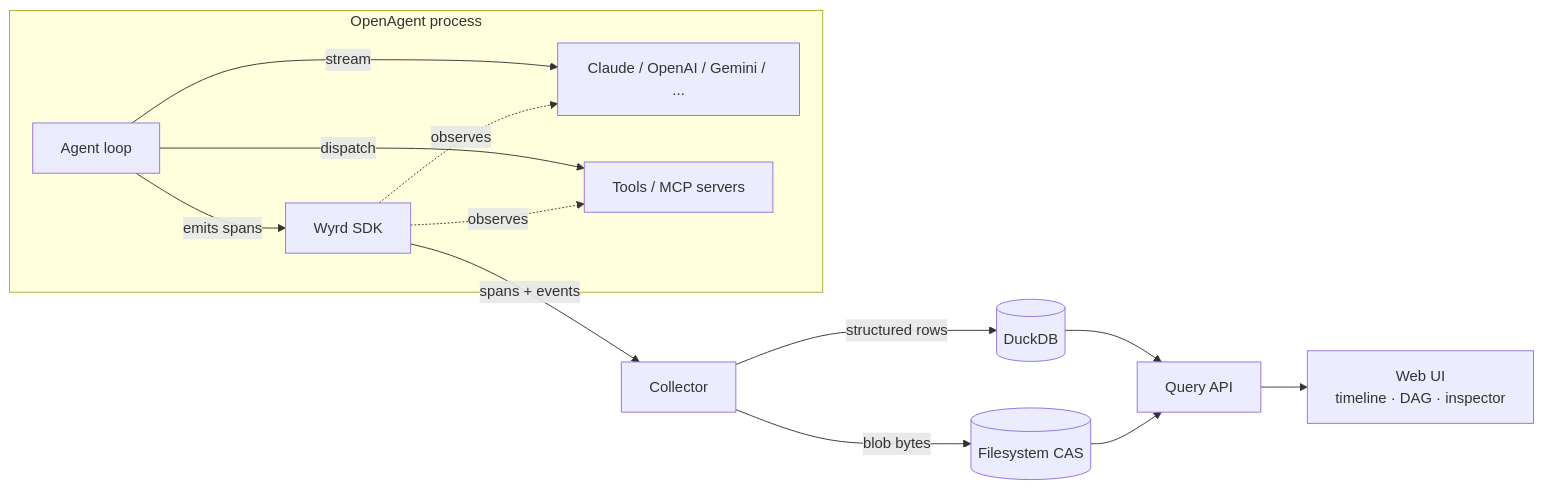
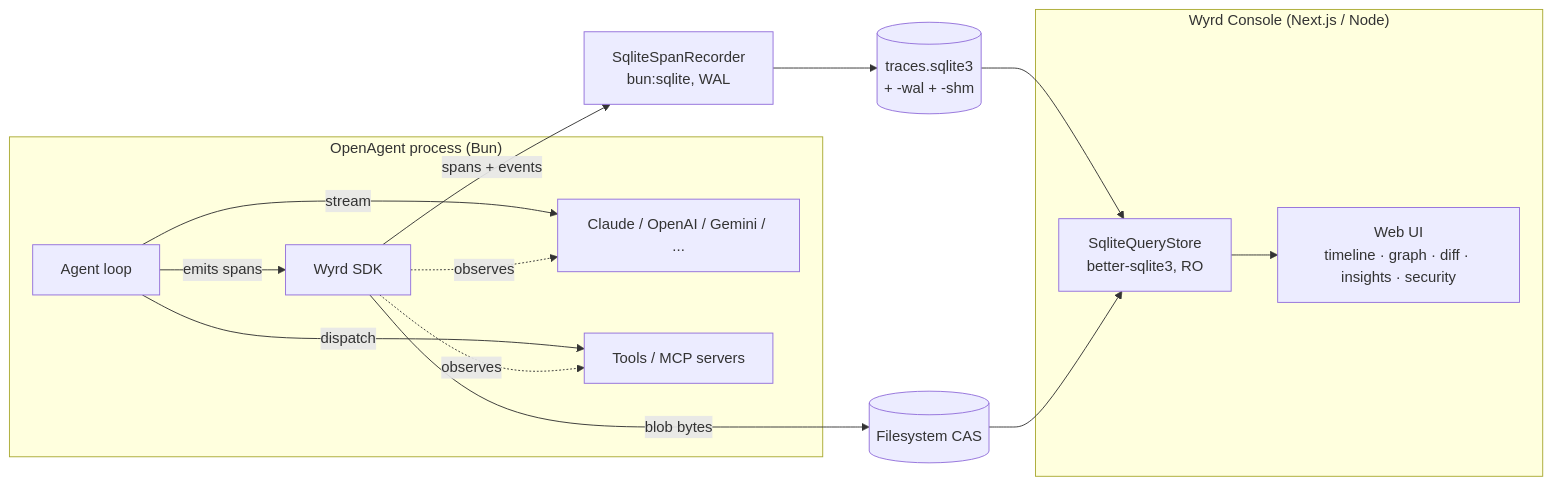
One commit to ask-sol/Wyrd changed the first of 2 diagrams in README.md. Above: the diagram before and after it, drawn with Mermaid. The commit also changed other lines of this file and 109 other files, not shown here.

Commit message:
This change set adds four new features to the Wyrd Console plus a major   UX fix for Anthropic server-side web_search results, and aligns the   README with the shipped state.

````diff
--- a/README.md
+++ b/README.md
@@ -87,17 +119,23 @@
 ```mermaid
 flowchart LR
-  subgraph Agent["OpenAgent process"]
+  subgraph Agent["OpenAgent process (Bun)"]
     A[Agent loop] -->|emits spans| S[Wyrd SDK]
     A -->|stream| P[Claude / OpenAI / Gemini / ...]
     A -->|dispatch| T[Tools / MCP servers]
     S -.observes.-> P
     S -.observes.-> T
   end
 
-  S -->|spans + events| C[Collector]
-  C -->|structured rows| D[(DuckDB)]
-  C -->|blob bytes| B[(Filesystem CAS)]
-  D --> Q[Query API]
+  S -->|spans + events| R[SqliteSpanRecorder<br/>bun:sqlite, WAL]
+  S -->|blob bytes| B[(Filesystem CAS)]
+
+  subgraph Console["Wyrd Console (Next.js / Node)"]
+    Q[SqliteQueryStore<br/>better-sqlite3, RO]
+    U[Web UI<br/>timeline · graph · diff · insights · security]
+  end
+
+  R --> DB[(traces.sqlite3<br/>+ -wal + -shm)]
+  DB --> Q
   B --> Q
-  Q --> U[Web UI<br/>timeline · DAG · inspector]
+  Q --> U
 ```
````
